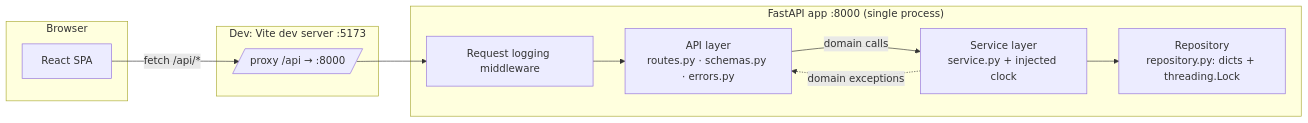
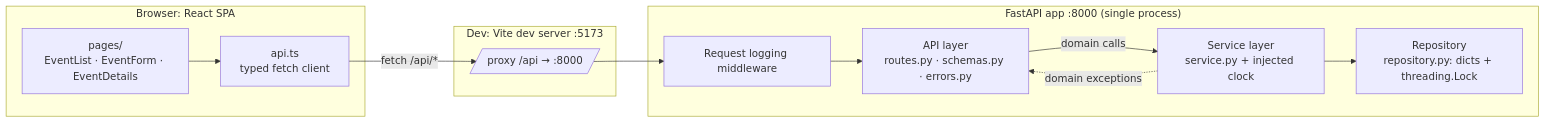
One commit to Helen869/event-management-app changed the first of 2 diagrams in docs/ARCHITECTURE.md. Above: the diagram before and after it, drawn with Mermaid. The commit also changed other lines of this file and 2 other files, not shown here.

Commit message:
docs: frontend setup, architecture and CI updates

````diff
--- a/docs/ARCHITECTURE.md
+++ b/docs/ARCHITECTURE.md
@@ -22,19 +22,21 @@
 ```mermaid
 flowchart LR
-  subgraph Browser
-    UI[React SPA]
+  subgraph Browser["Browser: React SPA"]
+    Pages[pages/<br/>EventList · EventForm · EventDetails]
+    API[api.ts<br/>typed fetch client]
+    Pages --> API
   end
   subgraph Dev["Dev: Vite dev server :5173"]
     P[/proxy /api → :8000/]
   end
   subgraph Backend["FastAPI app :8000 (single process)"]
     MW[Request logging middleware]
     R[API layer<br/>routes.py · schemas.py · errors.py]
     S[Service layer<br/>service.py + injected clock]
     Repo[Repository<br/>repository.py: dicts + threading.Lock]
   end
-  UI -->|fetch /api/*| P --> MW --> R
+  API -->|fetch /api/*| P --> MW --> R
   R -->|domain calls| S
   S -.->|domain exceptions| R
   S --> Repo
 ```
````
